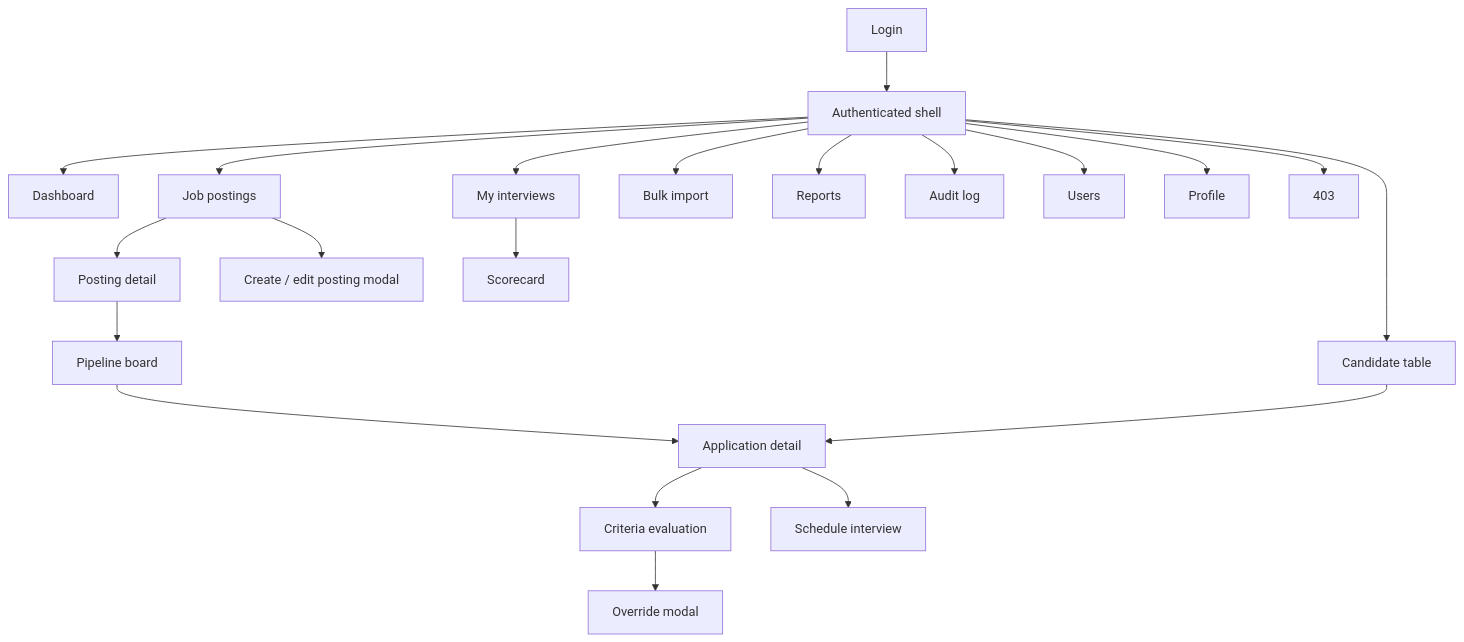
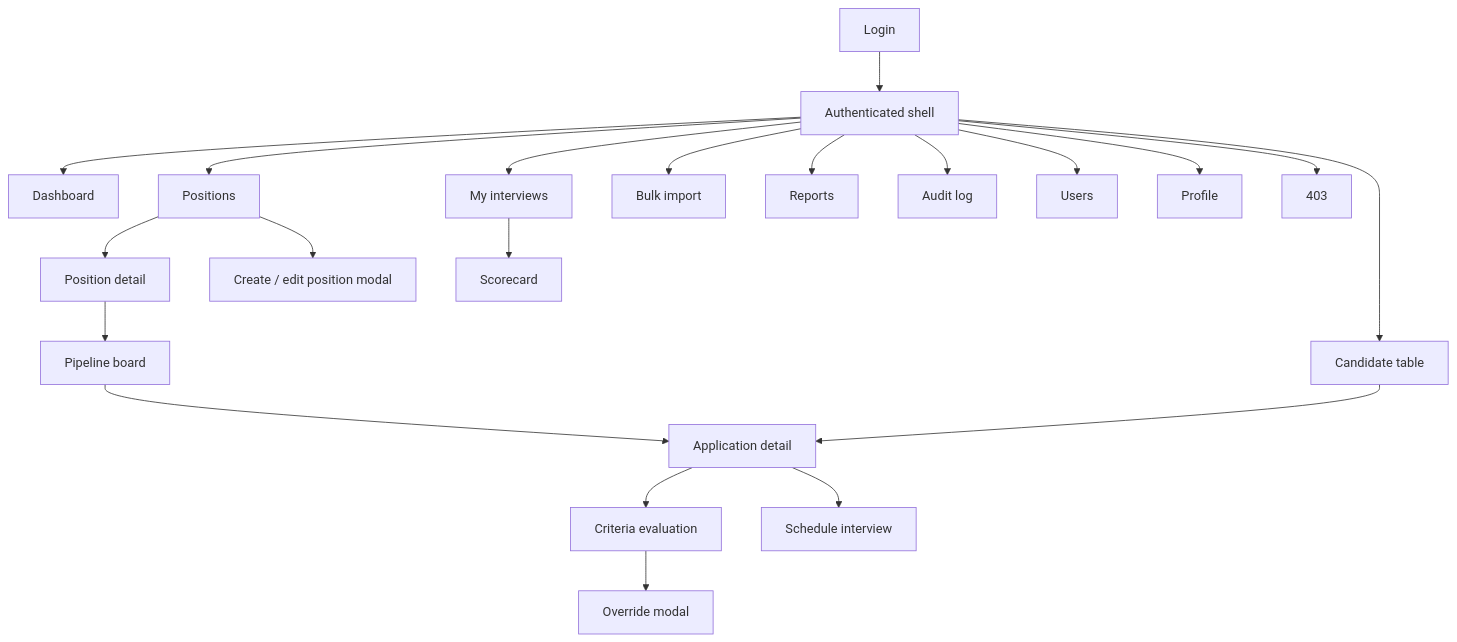
One commit to duongk18FPTU/recruitment-ats changed the second of 2 diagrams in README.md. Above: the diagram before and after it, drawn with Mermaid. The commit also changed other lines of this file and 19 other files, not shown here.

First line of the commit message:
Rename job postings to internal positions across docs and UI

````diff
--- a/README.md
+++ b/README.md
@@ -163,19 +163,19 @@
 ```mermaid
 flowchart TB
     Login["Login"] --> Shell["Authenticated shell"]
     Shell --> Dashboard["Dashboard"]
-    Shell --> Jobs["Job postings"] --> JobDetail["Posting detail"] --> Pipeline["Pipeline board"]
-    Jobs --> JobForm["Create / edit posting modal"]
+    Shell --> Jobs["Positions"] --> JobDetail["Position detail"] --> Pipeline["Pipeline board"]
+    Jobs --> JobForm["Create / edit position modal"]
     Shell --> Candidates["Candidate table"]
     Pipeline --> AppDetail["Application detail"]
     Candidates --> AppDetail
     AppDetail --> AI["Criteria evaluation"] --> Override["Override modal"]
     AppDetail --> Schedule["Schedule interview"]
     Shell --> MyInterviews["My interviews"] --> Scorecard["Scorecard"]
     Shell --> Import["Bulk import"]
     Shell --> Reports["Reports"]
     Shell --> Audit["Audit log"]
     Shell --> Users["Users"]
     Shell --> Profile["Profile"]
     Shell --> Forbidden["403"]
 ```
````
